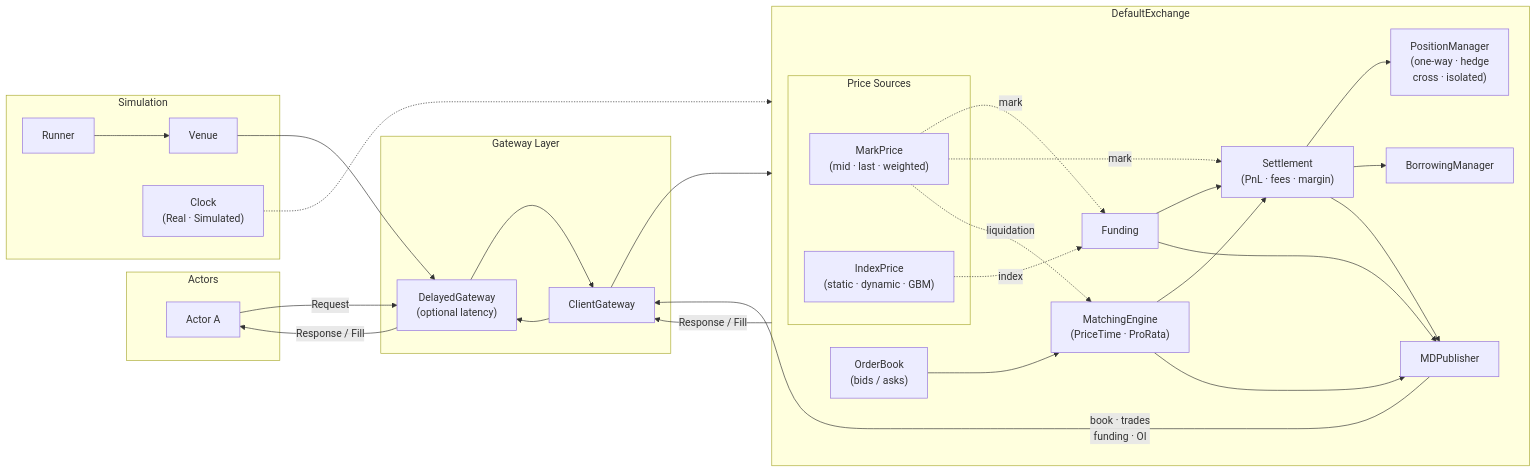
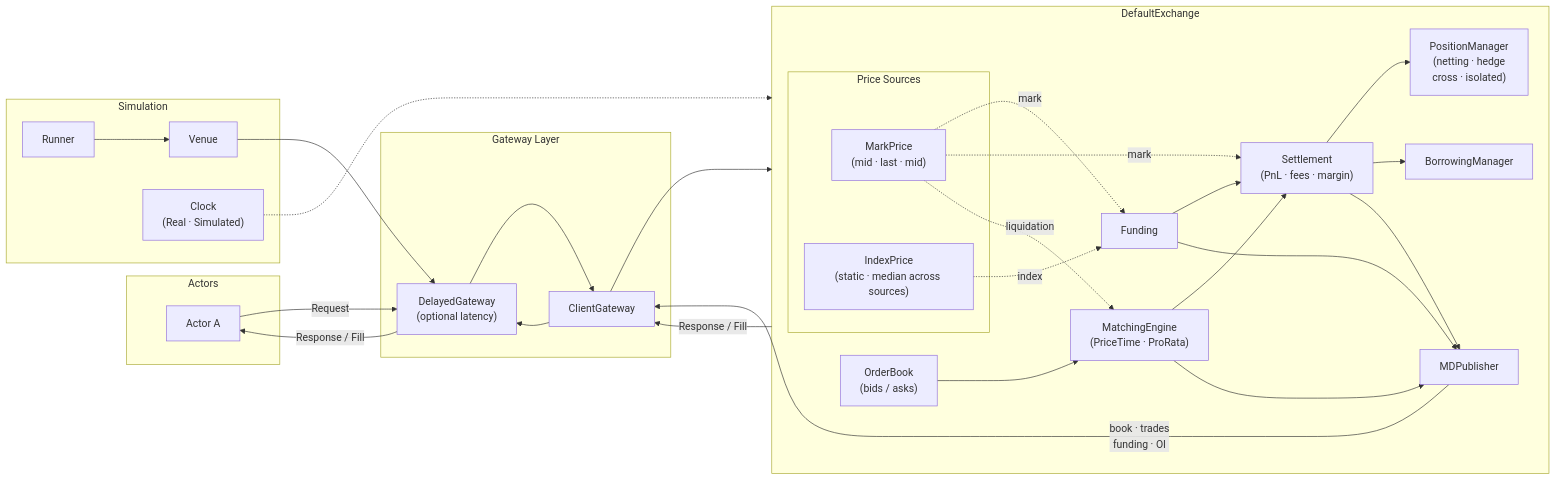
One commit to VladKochetov007/ExchangeSimulation changed the diagram in README.md. Above: the diagram before and after it, drawn with Mermaid. The commit also changed other lines of this file, not shown here.

Commit message:
one-way=netting mode

````diff
--- a/README.md
+++ b/README.md
@@ -11,58 +11,58 @@
 ```mermaid
 flowchart LR
     subgraph AL["Actors"]
         A1["Actor A"]
     end
 
     subgraph GL["Gateway Layer"]
         DGW["DelayedGateway</br>(optional latency)"]
         CGW["ClientGateway"]
     end
 
     subgraph EX["DefaultExchange"]
         OB["OrderBook</br>(bids / asks)"]
         ME["MatchingEngine</br>(PriceTime · ProRata)"]
         ST["Settlement</br>(PnL · fees · margin)"]
-        PM["PositionManager</br>(one-way · hedge</br>cross · isolated)"]
+        PM["PositionManager</br>(netting · hedge</br>cross · isolated)"]
         FM["Funding"]
         BM["BorrowingManager"]
         MDP["MDPublisher"]
         subgraph PS["Price Sources"]
-            MP["MarkPrice</br>(mid · last · weighted)"]
-            IP["IndexPrice</br>(static · dynamic · GBM)"]
+            MP["MarkPrice</br>(mid · last ·  mid)"]
+            IP["IndexPrice</br>(static · median across sources)"]
         end
     end
 
     subgraph SIM["Simulation"]
         VENUE["Venue"]
         RUNNER["Runner"]
         CLK["Clock</br>(Real · Simulated)"]
     end
 
     A1 -- Request --> DGW
     DGW --> CGW
     CGW --> EX
     EX -- "Response / Fill" --> CGW
     CGW --> DGW
     DGW -- "Response / Fill" --> A1
 
     OB --> ME
     ME --> ST
     ST --> PM
     ST --> BM
 
     IP -. index .-> FM
     MP -. mark .-> FM
     MP -. mark .-> ST
     MP -. liquidation .-> ME
     FM --> ST
     ME --> MDP
     ST --> MDP
     FM --> MDP
 
     MDP -- "book · trades</br>funding · OI" --> CGW
 
     CLK -.-> EX
     RUNNER --> VENUE
     VENUE --> DGW
 ```
````
